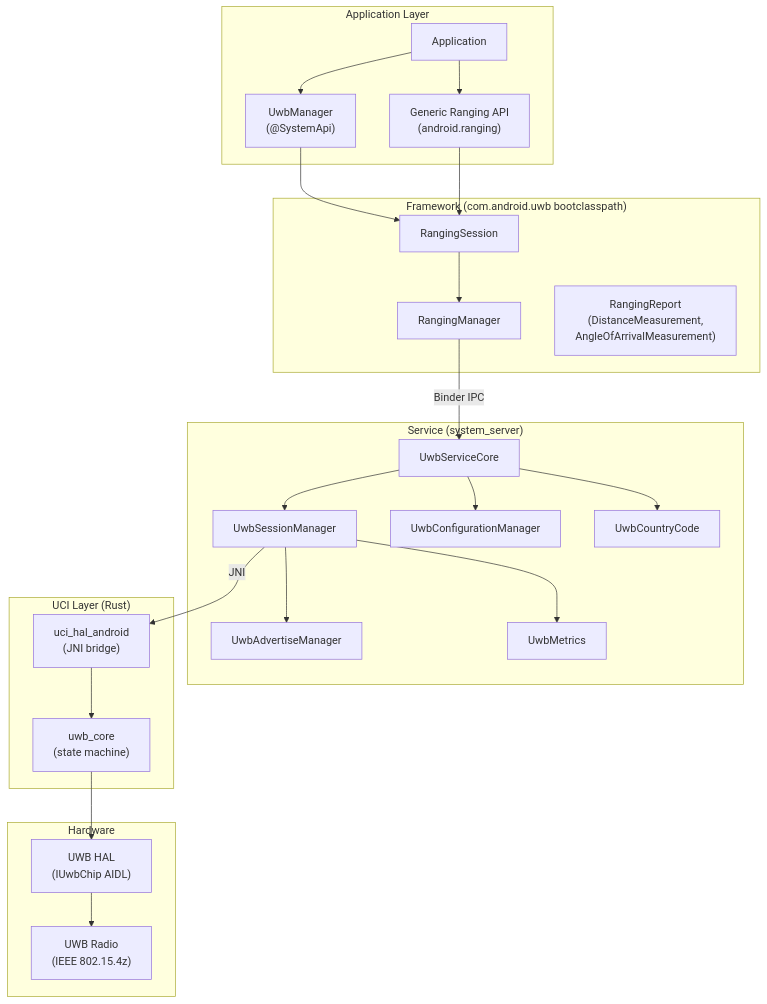
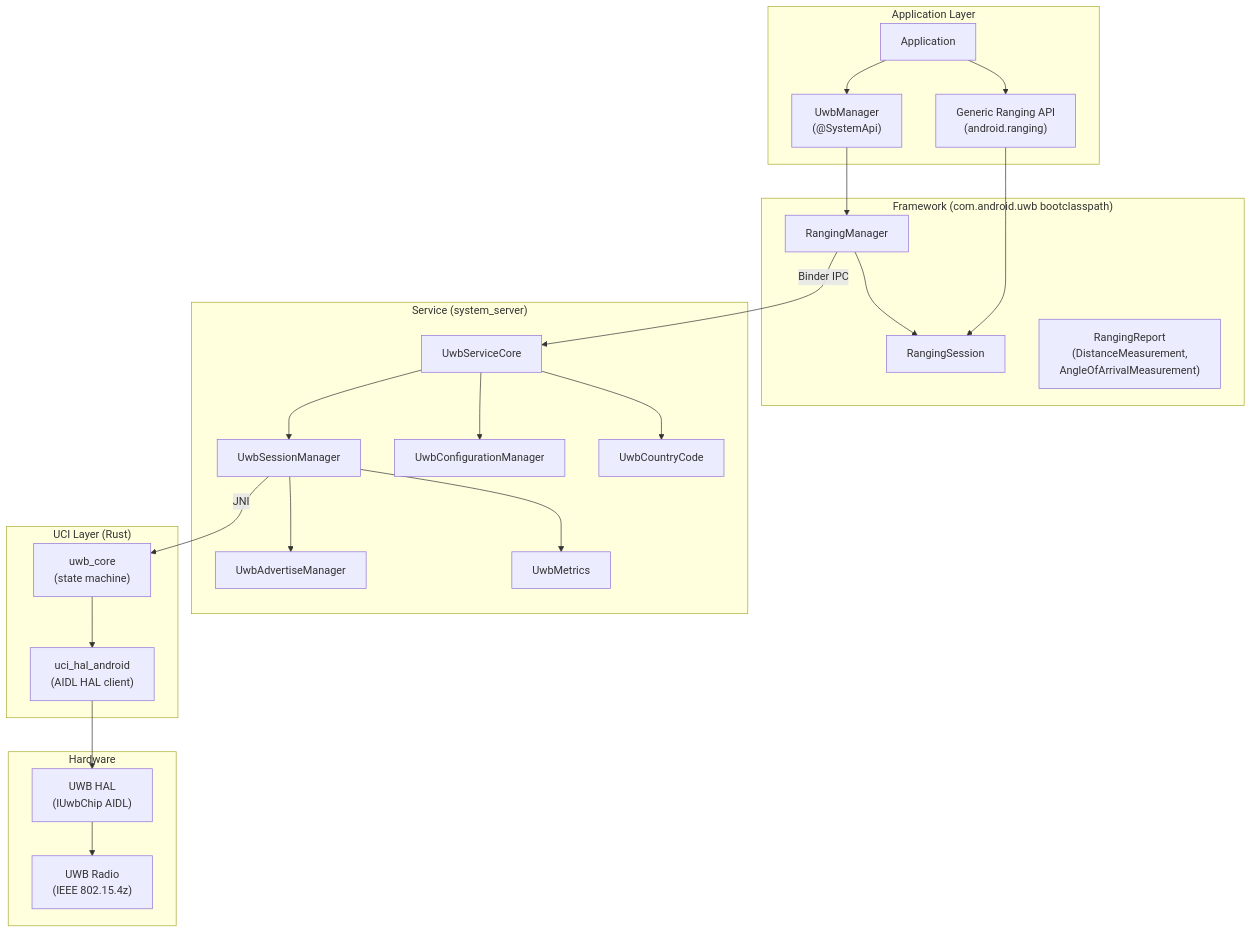
One commit to aospbooks/aosp-internal-book changed diagram 17 of 21 in 54-mainline-modules.md. Above: the diagram before and after it, drawn with Mermaid. The commit also changed other lines of this file and 218 other files, not shown here.

````diff
--- a/54-mainline-modules.md
+++ b/54-mainline-modules.md
@@ -3542,49 +3612,49 @@
 ```mermaid
 graph TB
     subgraph "Application Layer"
         APP["Application"]
         UWB_MGR["UwbManager<br/>(@SystemApi)"]
         RANGING_API["Generic Ranging API<br/>(android.ranging)"]
     end
 
     subgraph "Framework (com.android.uwb bootclasspath)"
         RS["RangingSession"]
         RM["RangingManager"]
         RR["RangingReport<br/>(DistanceMeasurement,<br/>AngleOfArrivalMeasurement)"]
     end
 
     subgraph "Service (system_server)"
         UWBSC["UwbServiceCore"]
         UWBSM["UwbSessionManager"]
         UWBCM["UwbConfigurationManager"]
         UWBCC["UwbCountryCode"]
         UWBADV["UwbAdvertiseManager"]
         UWBMET["UwbMetrics"]
     end
 
     subgraph "UCI Layer (Rust)"
         UCI_CORE["uwb_core<br/>(state machine)"]
-        UCI_HAL["uci_hal_android<br/>(JNI bridge)"]
+        UCI_HAL["uci_hal_android<br/>(AIDL HAL client)"]
     end
 
     subgraph "Hardware"
         HAL["UWB HAL<br/>(IUwbChip AIDL)"]
         RADIO["UWB Radio<br/>(IEEE 802.15.4z)"]
     end
 
     APP --> UWB_MGR
     APP --> RANGING_API
-    UWB_MGR --> RS
+    UWB_MGR --> RM
+    RM --> RS
     RANGING_API --> RS
-    RS --> RM
     RM -->|Binder IPC| UWBSC
     UWBSC --> UWBSM
     UWBSC --> UWBCM
     UWBSC --> UWBCC
     UWBSM --> UWBADV
     UWBSM --> UWBMET
-    UWBSM -->|JNI| UCI_HAL
-    UCI_HAL --> UCI_CORE
-    UCI_CORE --> HAL
+    UWBSM -->|JNI| UCI_CORE
+    UCI_CORE --> UCI_HAL
+    UCI_HAL --> HAL
     HAL --> RADIO
 ```
````
